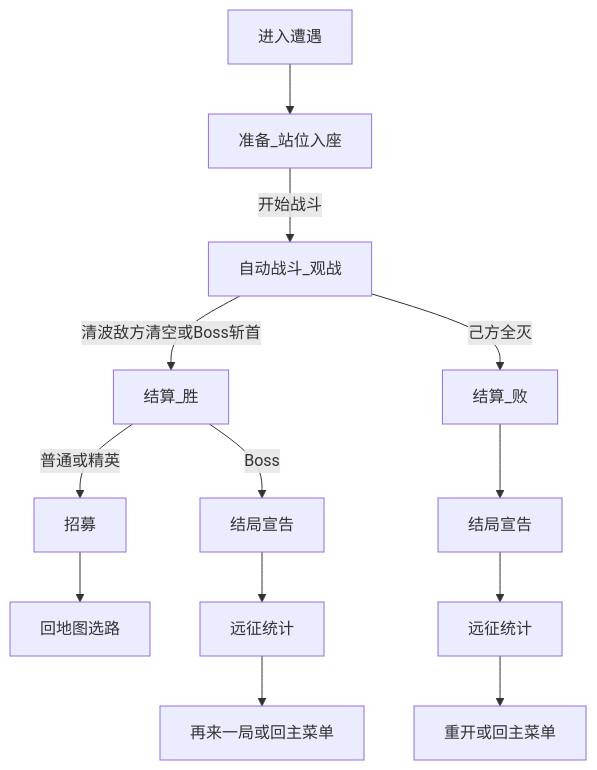
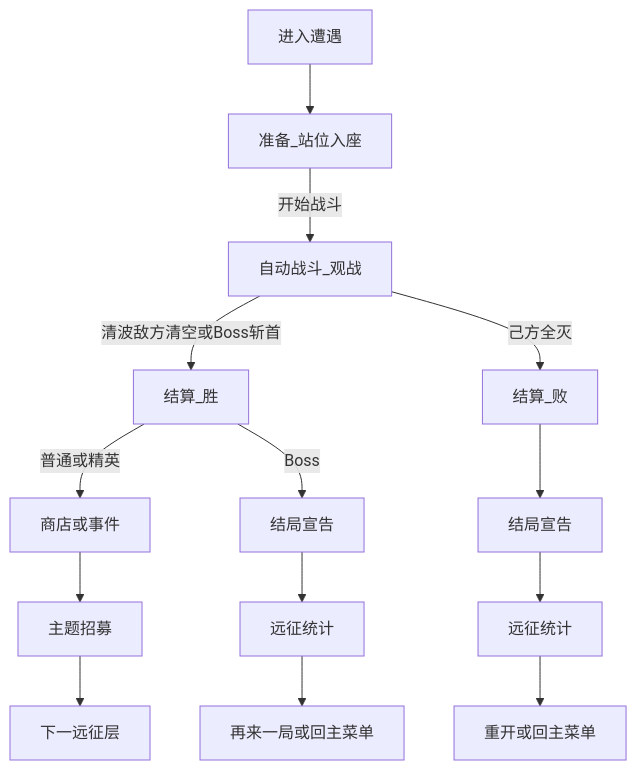
One commit to Kanerickyz/project-autochess changed the diagram in Documents/Features/COMBAT.md. Above: the diagram before and after it, drawn with Mermaid. The commit also changed other lines of this file and 14 other files, not shown here.

````diff
--- a/Documents/Features/COMBAT.md
+++ b/Documents/Features/COMBAT.md
@@ -93,10 +93,10 @@
 ```mermaid
 flowchart TD
   Enter[进入遭遇] --> Prep[准备_站位入座]
   Prep -->|开始战斗| Combat[自动战斗_观战]
   Combat -->|清波敌方清空或Boss斩首| WinResolve[结算_胜]
   Combat -->|己方全灭| LoseResolve[结算_败]
-  WinResolve -->|普通或精英| Recruit[招募] --> BackMap[回地图选路]
+  WinResolve -->|普通或精英| Choice[商店或事件] --> Recruit[主题招募] --> NextFloor[下一远征层]
   WinResolve -->|Boss| RunResult[结局宣告] --> RunStats[远征统计] --> RunWin[再来一局或回主菜单]
   LoseResolve --> RunLoseResult[结局宣告] --> RunLoseStats[远征统计] --> RunLose[重开或回主菜单]
 ```
````
